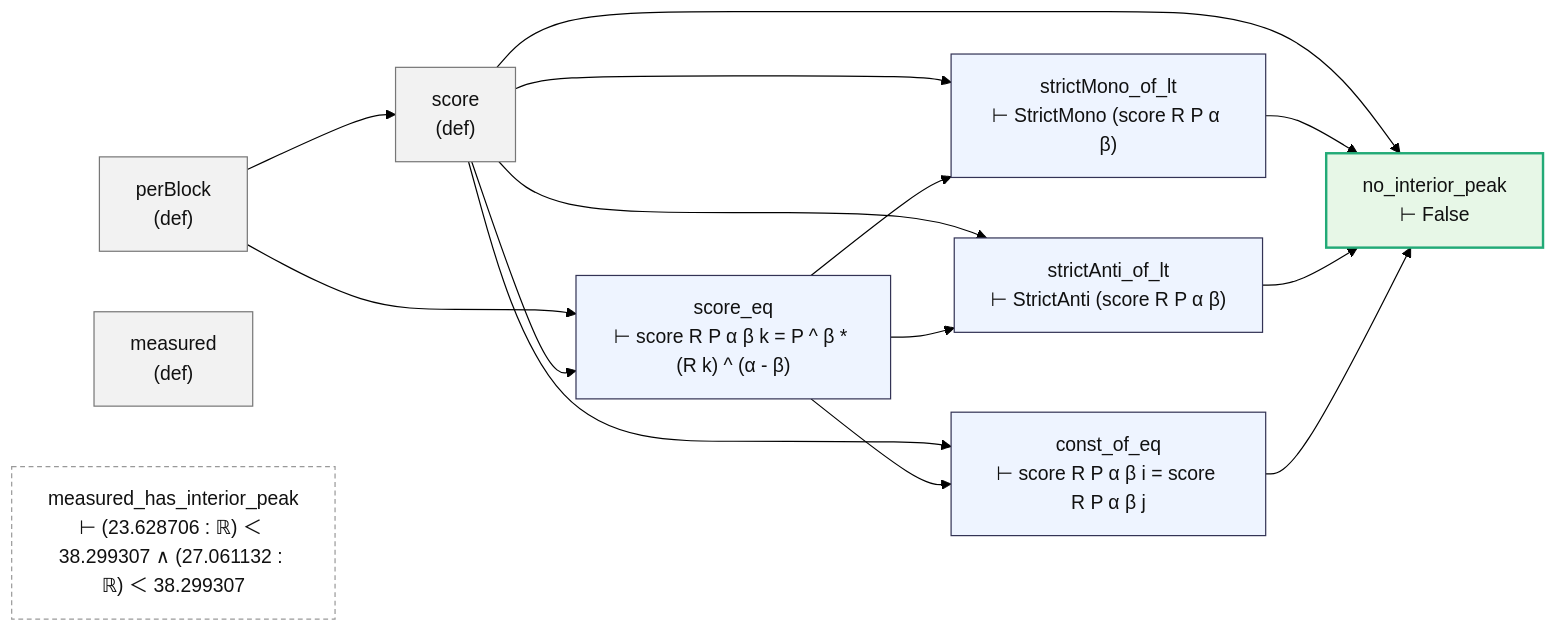
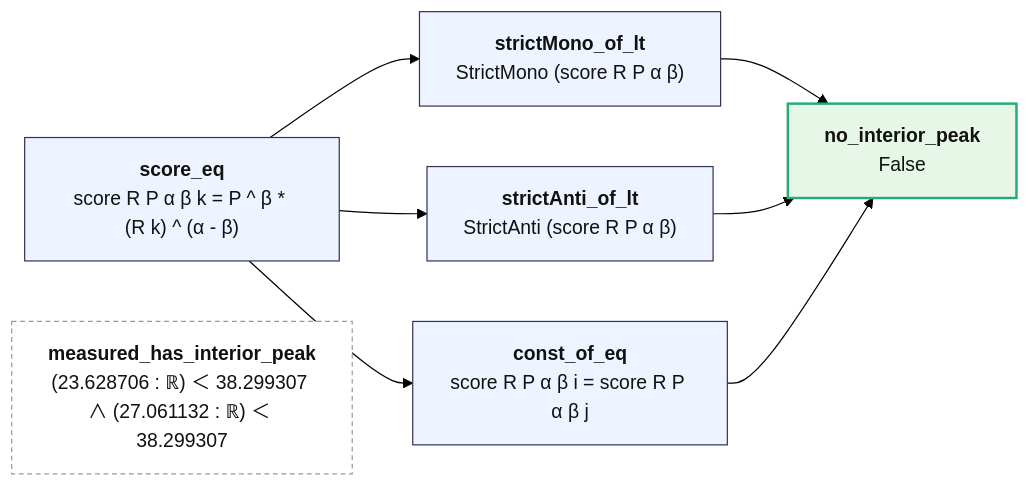
Before and after one commit to juliansambranojr/Primebeat_081426: the diagram in map/lean/GeneratorPeak.md, drawn with Mermaid (forest theme). The commit also changed other lines of this file and 387 other files, not shown here.

````diff
--- a/map/lean/GeneratorPeak.md
+++ b/map/lean/GeneratorPeak.md
@@ -8,31 +12,20 @@
 ```mermaid
 flowchart LR
-  n0["perBlock<br/>(def)"]:::dfn
-  n1["score<br/>(def)"]:::dfn
-  n2["score_eq<br/>⊢ score R P α β k = P ^ β * (R k) ^ (α - β)"]:::thm
-  n3["strictMono_of_lt<br/>⊢ StrictMono (score R P α β)"]:::thm
-  n4["strictAnti_of_lt<br/>⊢ StrictAnti (score R P α β)"]:::thm
-  n5["const_of_eq<br/>⊢ score R P α β i = score R P α β j"]:::thm
-  n6["no_interior_peak<br/>⊢ False"]:::end_
-  n7["measured<br/>(def)"]:::dfn
-  n8["measured_has_interior_peak<br/>⊢ (23.628706 : ℝ) ＜ 38.299307 ∧ (27.061132 : ℝ) ＜ 38.299307"]:::lone
+  n0["<b>score_eq</b><br/>score R P α β k = P ^ β * (R k) ^ (α - β)"]:::thm
+  n1["<b>strictMono_of_lt</b><br/>StrictMono (score R P α β)"]:::thm
+  n2["<b>strictAnti_of_lt</b><br/>StrictAnti (score R P α β)"]:::thm
+  n3["<b>const_of_eq</b><br/>score R P α β i = score R P α β j"]:::thm
+  n4["<b>no_interior_peak</b><br/>False"]:::end_
+  n5["<b>measured_has_interior_peak</b><br/>(23.628706 : ℝ) ＜ 38.299307 ∧ (27.061132 : ℝ) ＜ 38.299307"]:::lone
   n0 --> n1
   n0 --> n2
-  n1 --> n2
-  n1 --> n3
+  n0 --> n3
   n1 --> n4
-  n1 --> n5
-  n1 --> n6
-  n2 --> n3
   n2 --> n4
-  n2 --> n5
-  n3 --> n6
-  n4 --> n6
-  n5 --> n6
+  n3 --> n4
   classDef thm fill:#eef4ff,stroke:#335,color:#111
-  classDef dfn fill:#f2f2f2,stroke:#777,color:#111
   classDef end_ fill:#e7f7e7,stroke:#2a7,color:#111,stroke-width:2px
   classDef lone fill:#fff,stroke:#999,color:#111,stroke-dasharray:4 3
   classDef bad fill:#ffe5e5,stroke:#c22,color:#111,stroke-width:2px
-  classDef ext fill:#fff8e1,stroke:#b80,color:#111,stroke-dasharray:2 2
+  classDef ext fill:#fff8e1,stroke:#b80,color:#111
 ```
````
